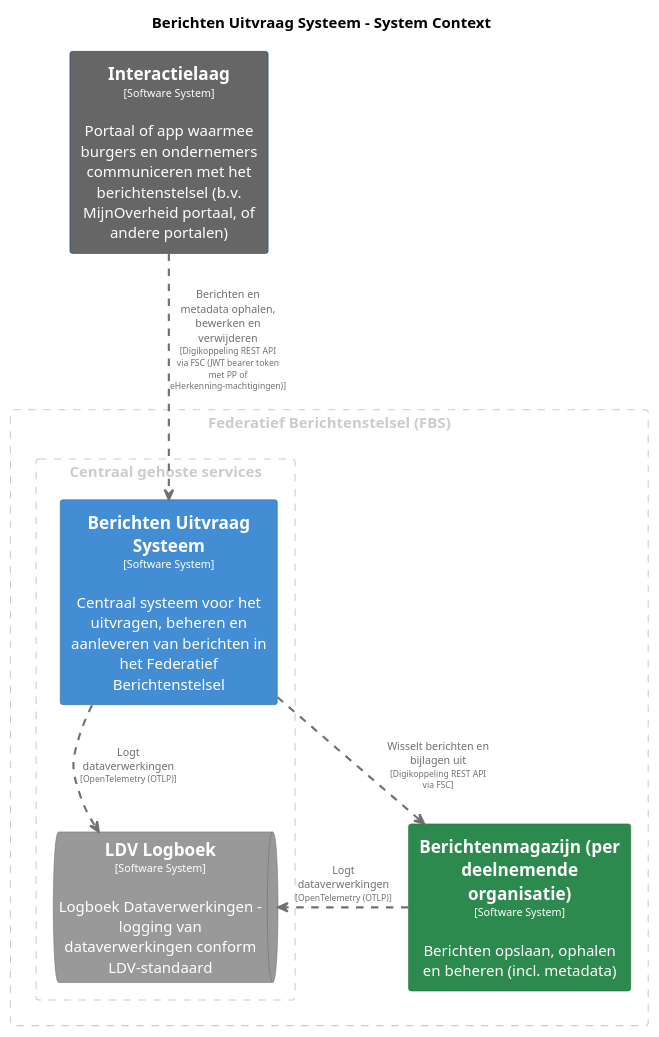
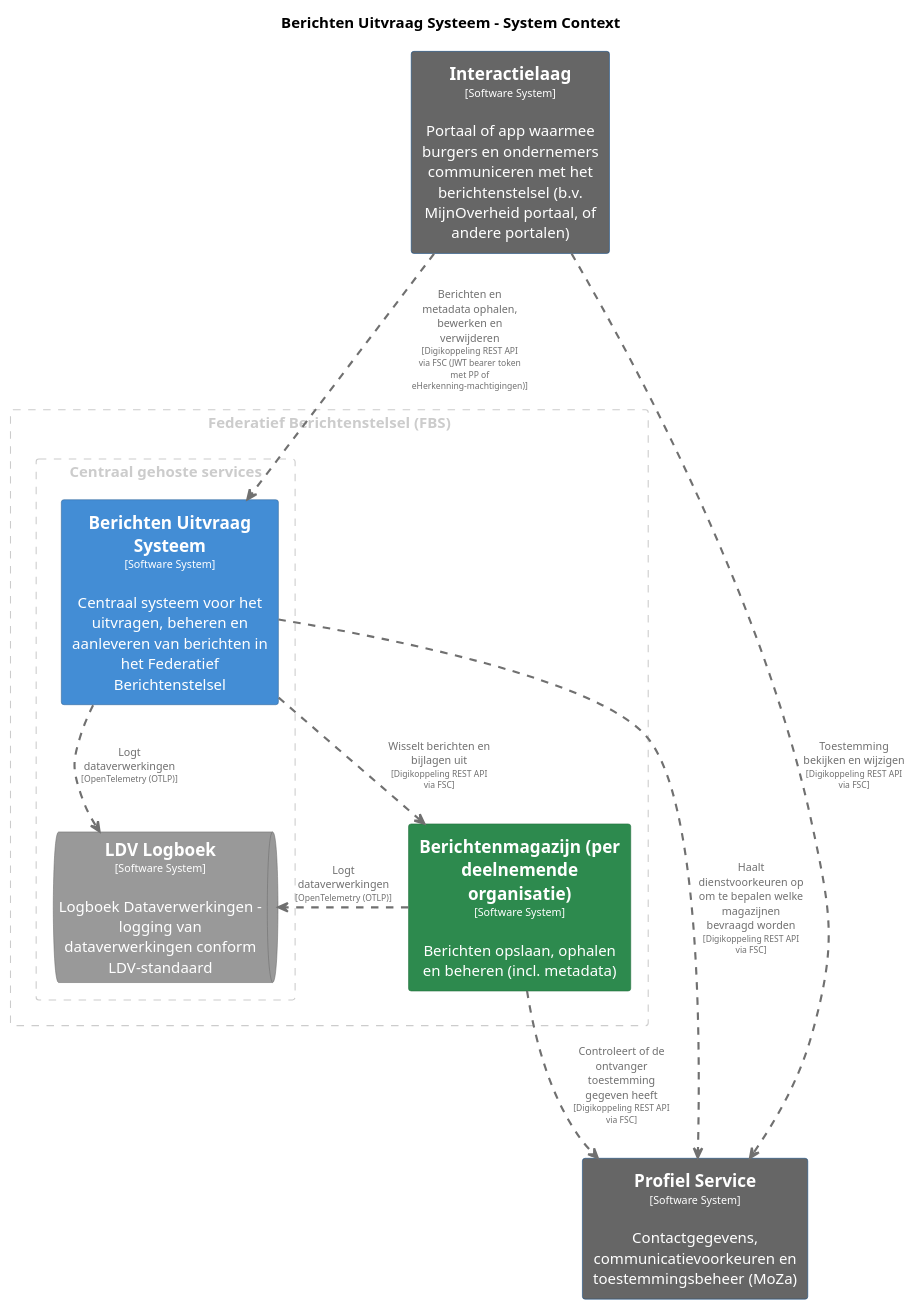
The diagram in pr-preview/pr-22/master/puml/BerichtenUitvraagSysteem.puml (MinBZK/moza-poc-fbs-berichtenbox), drawn with PlantUML before and after one commit. The commit also changed 39 other files, not shown here.

```diff
--- a/pr-preview/pr-22/master/puml/BerichtenUitvraagSysteem.puml
+++ b/pr-preview/pr-22/master/puml/BerichtenUitvraagSysteem.puml
@@ -1,66 +1,76 @@
 @startuml
 set separator none
 title Berichten Uitvraag Systeem - System Context
 
 top to bottom direction
 skinparam ranksep 60
 skinparam nodesep 30
 
 skinparam {
   arrowFontSize 10
   defaultTextAlignment center
   wrapWidth 200
   maxMessageSize 100
 }
 
 hide stereotype
 
 skinparam rectangle<<BerichtenUitvraagSysteem>> {
   BackgroundColor #438dd5
   FontColor #ffffff
   BorderColor #2e6295
   shadowing false
 }
 skinparam rectangle<<Berichtenmagazijnperdeelnemendeorganisatie>> {
   BackgroundColor #2d8a4e
   FontColor #ffffff
   BorderColor #1e6b38
   shadowing false
 }
 skinparam rectangle<<Interactielaag>> {
   BackgroundColor #666666
   FontColor #ffffff
   BorderColor #0b4884
   shadowing false
 }
 skinparam queue<<LDVLogboek>> {
   BackgroundColor #999999
   FontColor #ffffff
   BorderColor #6b6b6b
   shadowing false
 }
+skinparam rectangle<<ProfielService>> {
+  BackgroundColor #666666
+  FontColor #ffffff
+  BorderColor #0b4884
+  shadowing false
+}
 
 rectangle "Federatief Berichtenstelsel (FBS)" <<group1>> as group1 {
   skinparam RectangleBorderColor<<group1>> #cccccc
   skinparam RectangleFontColor<<group1>> #cccccc
   skinparam RectangleBorderStyle<<group1>> dashed
 
   rectangle "==Berichtenmagazijn (per deelnemende organisatie)\n<size:10>[Software System]</size>\n\nBerichten opslaan, ophalen en beheren (incl. metadata)" <<Berichtenmagazijnperdeelnemendeorganisatie>> as Berichtenmagazijnperdeelnemendeorganisatie
     rectangle "Centraal gehoste services" <<group2>> as group2 {
       skinparam RectangleBorderColor<<group2>> #cccccc
       skinparam RectangleFontColor<<group2>> #cccccc
       skinparam RectangleBorderStyle<<group2>> dashed
 
       rectangle "==Berichten Uitvraag Systeem\n<size:10>[Software System]</size>\n\nCentraal systeem voor het uitvragen, beheren en aanleveren van berichten in het Federatief Berichtenstelsel" <<BerichtenUitvraagSysteem>> as BerichtenUitvraagSysteem
       queue "==LDV Logboek\n<size:10>[Software System]</size>\n\nLogboek Dataverwerkingen - logging van dataverwerkingen conform LDV-standaard" <<LDVLogboek>> as LDVLogboek
     }
 
 }
 
+rectangle "==Profiel Service\n<size:10>[Software System]</size>\n\nContactgegevens, communicatievoorkeuren en toestemmingsbeheer (MoZa)" <<ProfielService>> as ProfielService
 rectangle "==Interactielaag\n<size:10>[Software System]</size>\n\nPortaal of app waarmee burgers en ondernemers communiceren met het berichtenstelsel (b.v. MijnOverheid portaal, of andere portalen)" <<Interactielaag>> as Interactielaag
 
+BerichtenUitvraagSysteem .[#707070,thickness=2].> ProfielService : "<color:#707070>Haalt dienstvoorkeuren op om te bepalen welke magazijnen bevraagd worden\n<color:#707070><size:8>[Digikoppeling REST API via FSC]</size>"
 Berichtenmagazijnperdeelnemendeorganisatie .[#707070,thickness=2].> LDVLogboek : "<color:#707070>Logt dataverwerkingen\n<color:#707070><size:8>[OpenTelemetry (OTLP)]</size>"
 BerichtenUitvraagSysteem .[#707070,thickness=2].> LDVLogboek : "<color:#707070>Logt dataverwerkingen\n<color:#707070><size:8>[OpenTelemetry (OTLP)]</size>"
 BerichtenUitvraagSysteem .[#707070,thickness=2].> Berichtenmagazijnperdeelnemendeorganisatie : "<color:#707070>Wisselt berichten en bijlagen uit\n<color:#707070><size:8>[Digikoppeling REST API via FSC]</size>"
 Interactielaag .[#707070,thickness=2].> BerichtenUitvraagSysteem : "<color:#707070>Berichten en metadata ophalen, bewerken en verwijderen\n<color:#707070><size:8>[Digikoppeling REST API via FSC (JWT bearer token met PP of eHerkenning-machtigingen)]</size>"
+Interactielaag .[#707070,thickness=2].> ProfielService : "<color:#707070>Toestemming bekijken en wijzigen\n<color:#707070><size:8>[Digikoppeling REST API via FSC]</size>"
+Berichtenmagazijnperdeelnemendeorganisatie .[#707070,thickness=2].> ProfielService : "<color:#707070>Controleert of de ontvanger toestemming gegeven heeft\n<color:#707070><size:8>[Digikoppeling REST API via FSC]</size>"
 @enduml
```
